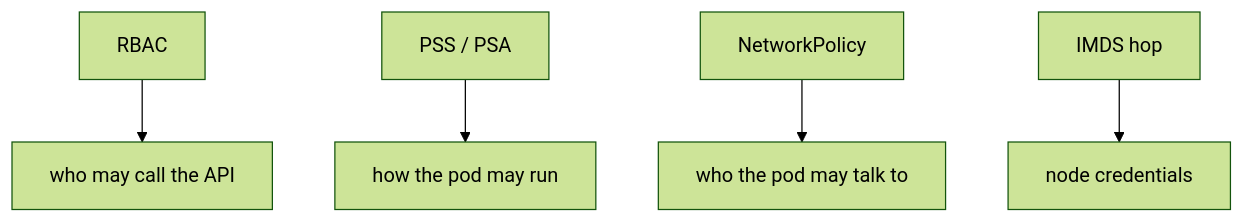
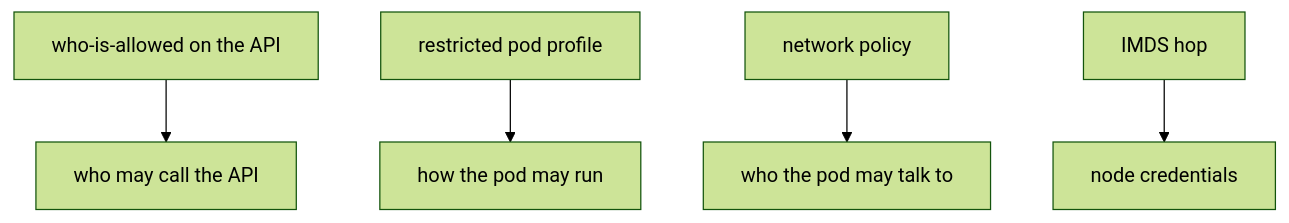
One commit to ishitvagoel/LearnSecurity changed the first of 2 diagrams in content/modules/10/10.3/lessons/02-model.md. Above: the diagram before and after it, drawn with Mermaid (forest theme). The commit also changed other lines of this file and 39 other files, not shown here.

````diff
--- a/content/modules/10/10.3/lessons/02-model.md
+++ b/content/modules/10/10.3/lessons/02-model.md
@@ -15,7 +18,7 @@
 ```mermaid
 flowchart TD
-  Rbac[RBAC] --> Who[who may call the API]
-  Pss["PSS / PSA"] --> How[how the pod may run]
-  Net[NetworkPolicy] --> Talk[who the pod may talk to]
+  Rbac[who-is-allowed on the API] --> Who[who may call the API]
+  Pss["restricted pod profile"] --> How[how the pod may run]
+  Net[network policy] --> Talk[who the pod may talk to]
   Imds[IMDS hop] --> NodeIam[node credentials]
 ```
````
